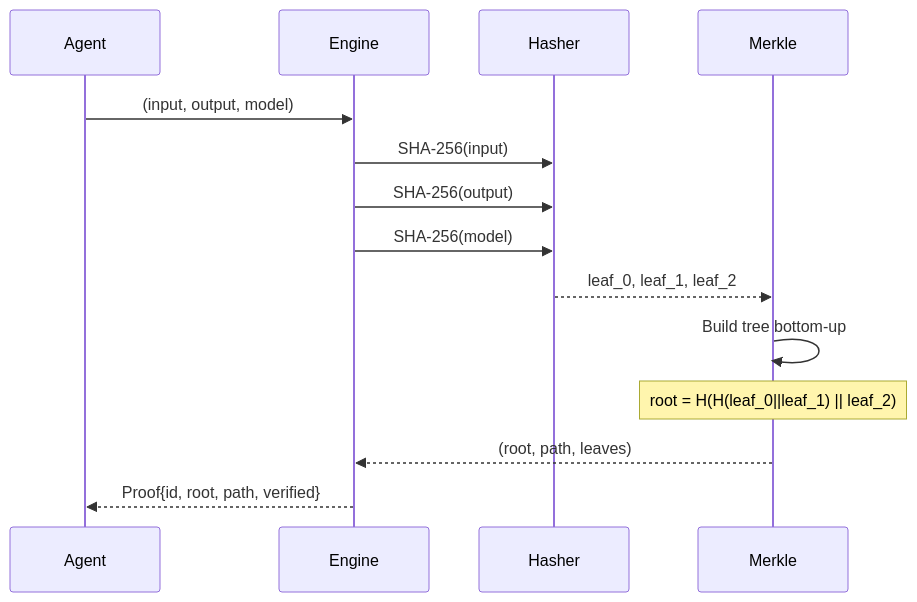
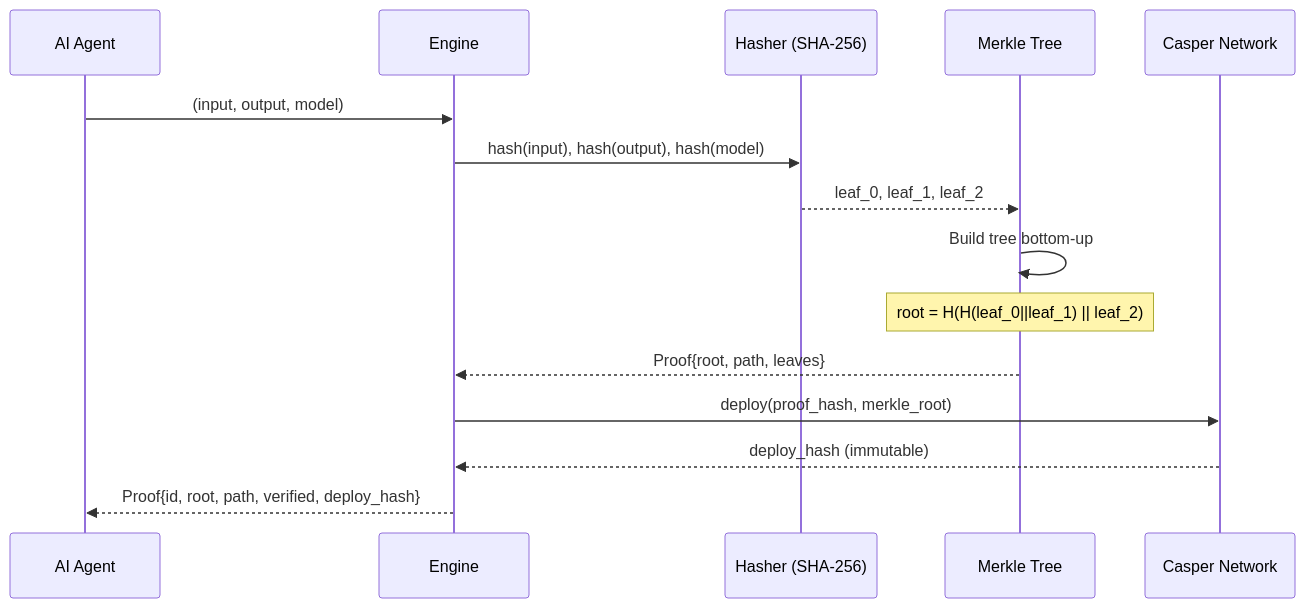
One commit to anna-stolbovskaja/CasperProver changed the second of 5 diagrams in docs/ARCHITECTURE.md. Above: the diagram before and after it, drawn with Mermaid. The commit also changed other lines of this file and 19 other files, not shown here.

````diff
--- a/docs/ARCHITECTURE.md
+++ b/docs/ARCHITECTURE.md
@@ -36,18 +55,18 @@
 ```mermaid
 sequenceDiagram
-    participant A as Agent
+    participant A as AI Agent
     participant E as Engine
-    participant H as Hasher
-    participant M as Merkle
+    participant H as Hasher (SHA-256)
+    participant M as Merkle Tree
+    participant C as Casper Network
 
     A->>E: (input, output, model)
-    E->>H: SHA-256(input)
-    E->>H: SHA-256(output)
-    E->>H: SHA-256(model)
+    E->>H: hash(input), hash(output), hash(model)
     H-->>M: leaf_0, leaf_1, leaf_2
-
     M->>M: Build tree bottom-up
     Note over M: root = H(H(leaf_0||leaf_1) || leaf_2)
-    M-->>E: (root, path, leaves)
-    E-->>A: Proof{id, root, path, verified}
+    M-->>E: Proof{root, path, leaves}
+    E->>C: deploy(proof_hash, merkle_root)
+    C-->>E: deploy_hash (immutable)
+    E-->>A: Proof{id, root, path, verified, deploy_hash}
 ```
````
